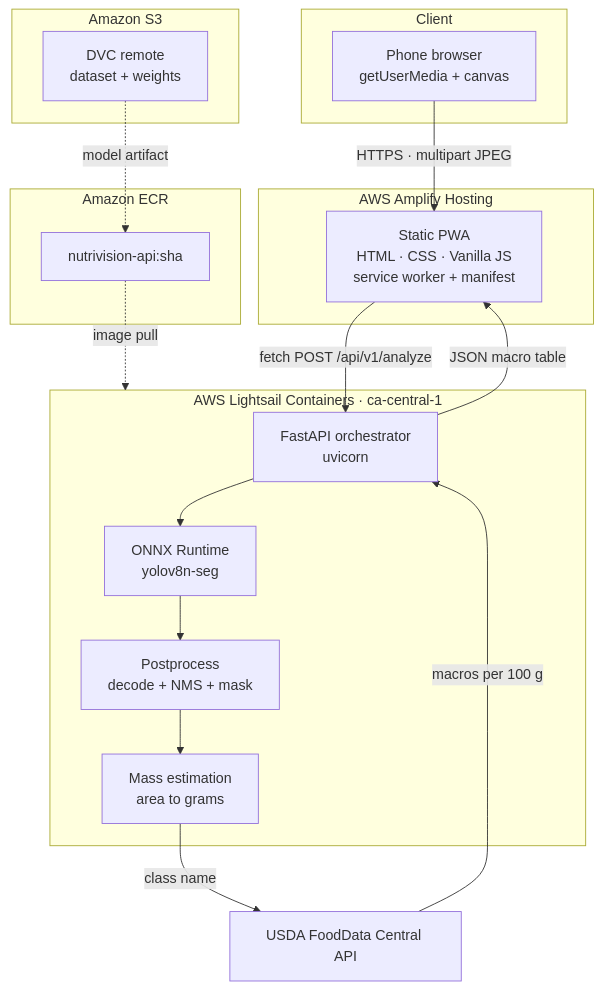
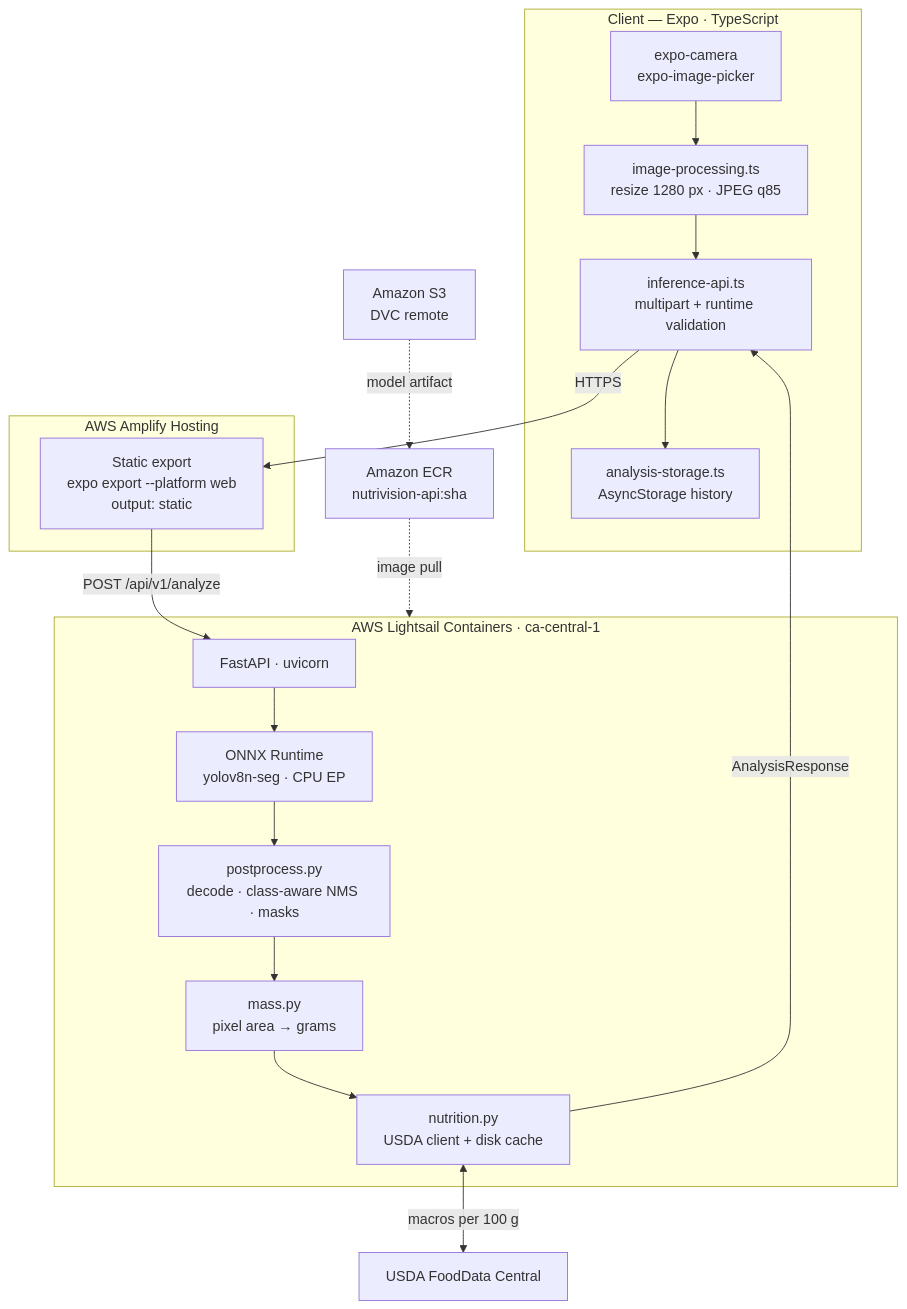
Before and after one commit to Zen-Daitsu/Nutrivision: the first of 9 diagrams in README.md, drawn with Mermaid. The commit also changed other lines of this file, not shown here.

````diff
--- a/README.md
+++ b/README.md
@@ -43,36 +73,35 @@
 ```mermaid
 flowchart TB
-    subgraph client["Client"]
-        phone["Phone browser<br/>getUserMedia + canvas"]
+    subgraph client["Client — Expo · TypeScript"]
+        cam["expo-camera<br/>expo-image-picker"]
+        norm["image-processing.ts<br/>resize 1280 px · JPEG q85"]
+        api["inference-api.ts<br/>multipart + runtime validation"]
+        store["analysis-storage.ts<br/>AsyncStorage history"]
     end
 
-    subgraph edge["AWS Amplify Hosting"]
-        pwa["Static PWA<br/>HTML · CSS · Vanilla JS<br/>service worker + manifest"]
+    subgraph hosting["AWS Amplify Hosting"]
+        web["Static export<br/>expo export --platform web<br/>output: static"]
     end
 
     subgraph compute["AWS Lightsail Containers · ca-central-1"]
-        api["FastAPI orchestrator<br/>uvicorn"]
-        ort["ONNX Runtime<br/>yolov8n-seg"]
-        post["Postprocess<br/>decode + NMS + mask"]
-        mass["Mass estimation<br/>area to grams"]
+        fastapi["FastAPI · uvicorn"]
+        ort["ONNX Runtime<br/>yolov8n-seg · CPU EP"]
+        post["postprocess.py<br/>decode · class-aware NMS · masks"]
+        mass["mass.py<br/>pixel area → grams"]
+        nutri["nutrition.py<br/>USDA client + disk cache"]
     end
 
-    subgraph registry["Amazon ECR"]
-        img["nutrivision-api:sha"]
-    end
+    ecr["Amazon ECR<br/>nutrivision-api:sha"]
+    s3["Amazon S3<br/>DVC remote"]
+    usda["USDA FoodData Central"]
 
-    subgraph data["Amazon S3"]
-        dvc["DVC remote<br/>dataset + weights"]
-    end
-
-    ext["USDA FoodData Central API"]
-
-    phone -->|"HTTPS · multipart JPEG"| pwa
-    pwa -->|"fetch POST /api/v1/analyze"| api
-    api --> ort --> post --> mass
-    mass -->|"class name"| ext
-    ext -->|"macros per 100 g"| api
-    api -->|"JSON macro table"| pwa
-    img -.->|"image pull"| compute
-    dvc -.->|"model artifact"| img
+    cam --> norm --> api
+    api -->|"HTTPS"| web
+    web -->|"POST /api/v1/analyze"| fastapi
+    fastapi --> ort --> post --> mass --> nutri
+    nutri <-->|"macros per 100 g"| usda
+    nutri -->|"AnalysisResponse"| api
+    api --> store
+    ecr -.->|"image pull"| compute
+    s3 -.->|"model artifact"| ecr
 ```
````
